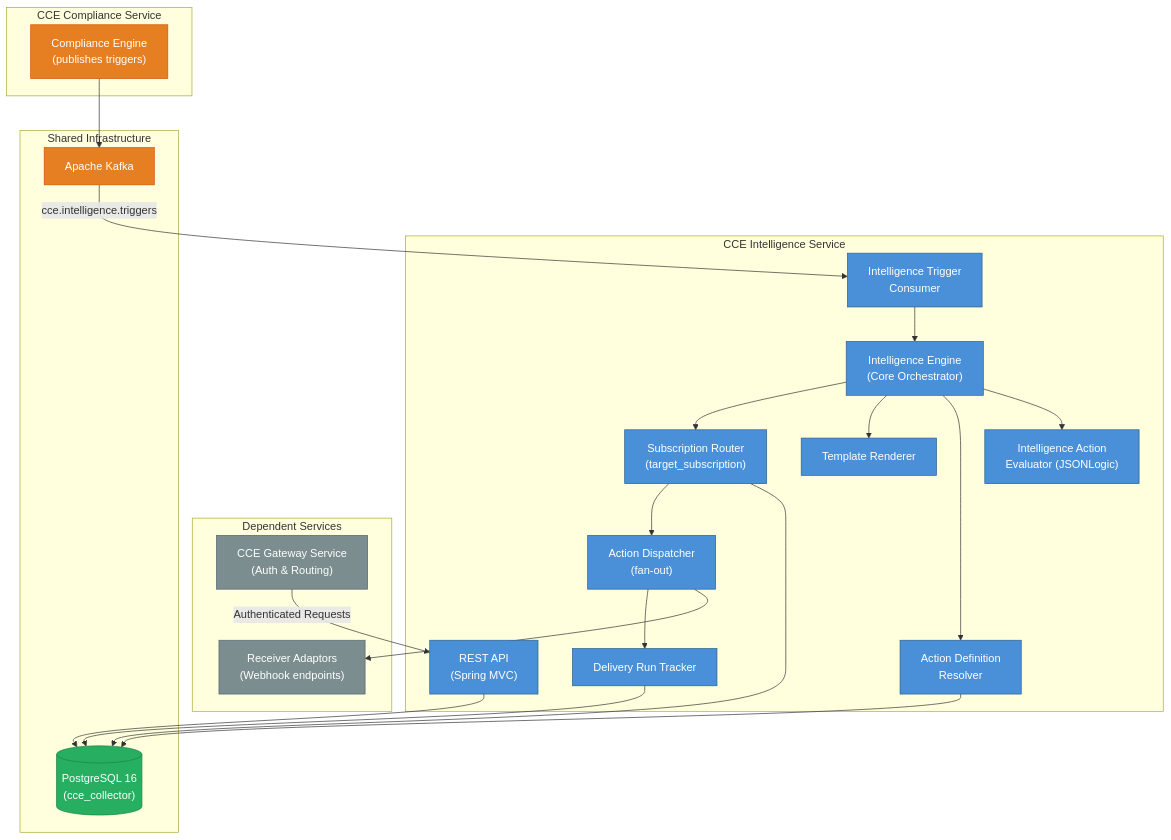
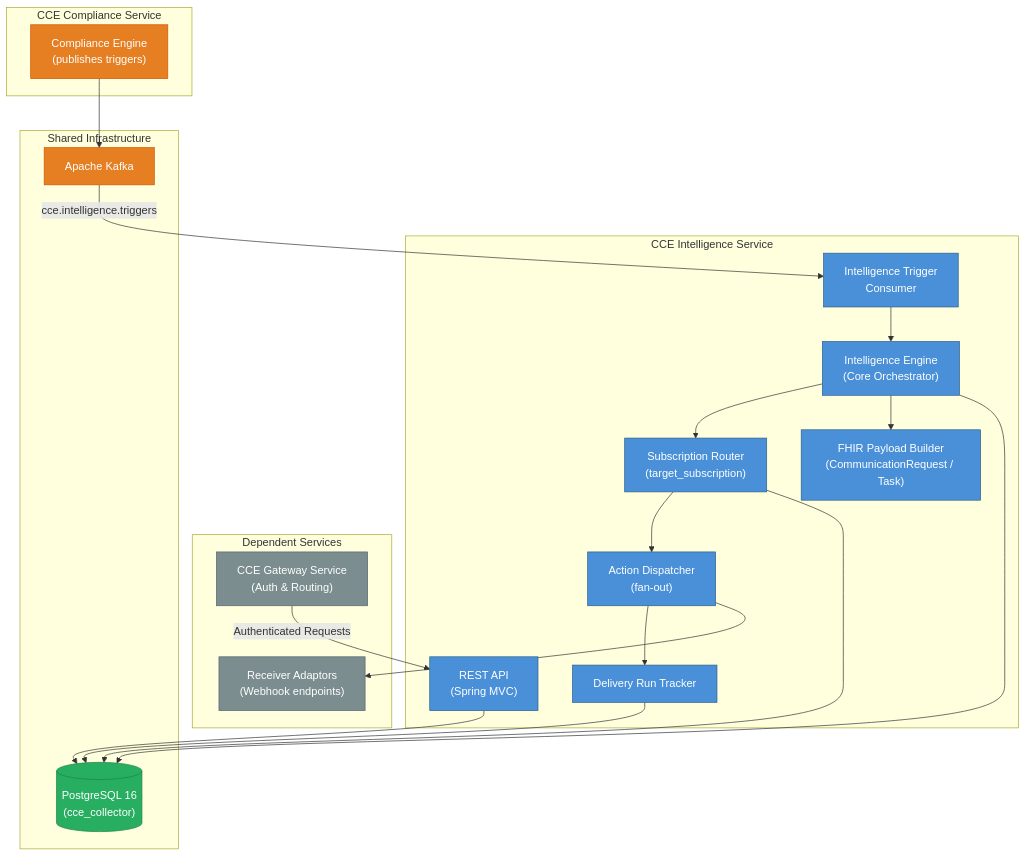
The first of 6 diagrams in docs/architecture-overview.md (Jayaprakash8887/cce-intelligence-service), drawn with Mermaid before and after one commit. The commit also changed other lines of this file and 3 other files, not shown here.

````diff
--- a/docs/architecture-overview.md
+++ b/docs/architecture-overview.md
@@ -9,54 +9,50 @@
 ```mermaid
 graph TB
     subgraph Dependent Services
         GATEWAY["CCE Gateway Service<br/>(Auth & Routing)"]
         RECEIVER_WH["Receiver Adaptors<br/>(Webhook endpoints)"]
     end
 
     subgraph CCE Intelligence Service
         CONSUMER["Intelligence Trigger<br/>Consumer"]
         ENGINE["Intelligence Engine<br/>(Core Orchestrator)"]
-        EVALUATOR["Intelligence Action<br/>Evaluator (JSONLogic)"]
-        RESOLVER["Action Definition<br/>Resolver"]
-        RENDERER["Template Renderer"]
+        BUILDER["FHIR Payload Builder<br/>(CommunicationRequest / Task)"]
         ROUTER["Subscription Router<br/>(target_subscription)"]
         DISPATCHER["Action Dispatcher<br/>(fan-out)"]
         TRACKER["Delivery Run Tracker"]
         API["REST API<br/>(Spring MVC)"]
     end
 
     subgraph Shared Infrastructure
         DB[("PostgreSQL 16<br/>(cce_collector)")]
         KAFKA["Apache Kafka"]
     end
 
     subgraph CCE Compliance Service
         COMPLIANCE["Compliance Engine<br/>(publishes triggers)"]
     end
 
     COMPLIANCE --> KAFKA
     KAFKA -->|"cce.intelligence.triggers"| CONSUMER
     CONSUMER --> ENGINE
-    ENGINE --> EVALUATOR
-    ENGINE --> RESOLVER
-    RESOLVER --> DB
-    ENGINE --> RENDERER
+    ENGINE --> DB
+    ENGINE --> BUILDER
     ENGINE --> ROUTER
     ROUTER --> DB
     ROUTER --> DISPATCHER
     DISPATCHER --> RECEIVER_WH
     DISPATCHER --> TRACKER
     TRACKER --> DB
     API --> DB
     GATEWAY -->|"Authenticated Requests"| API
 
     classDef service fill:#4A90D9,stroke:#2C5F8A,color:white
     classDef external fill:#7B8D8E,stroke:#566573,color:white
     classDef data fill:#27AE60,stroke:#1E8449,color:white
     classDef broker fill:#E67E22,stroke:#D35400,color:white
 
-    class CONSUMER,ENGINE,EVALUATOR,RESOLVER,RENDERER,ROUTER,DISPATCHER,TRACKER,API service
+    class CONSUMER,ENGINE,BUILDER,ROUTER,DISPATCHER,TRACKER,API service
     class GATEWAY,RECEIVER_WH external
     class DB data
     class KAFKA,COMPLIANCE broker
 ```
````
